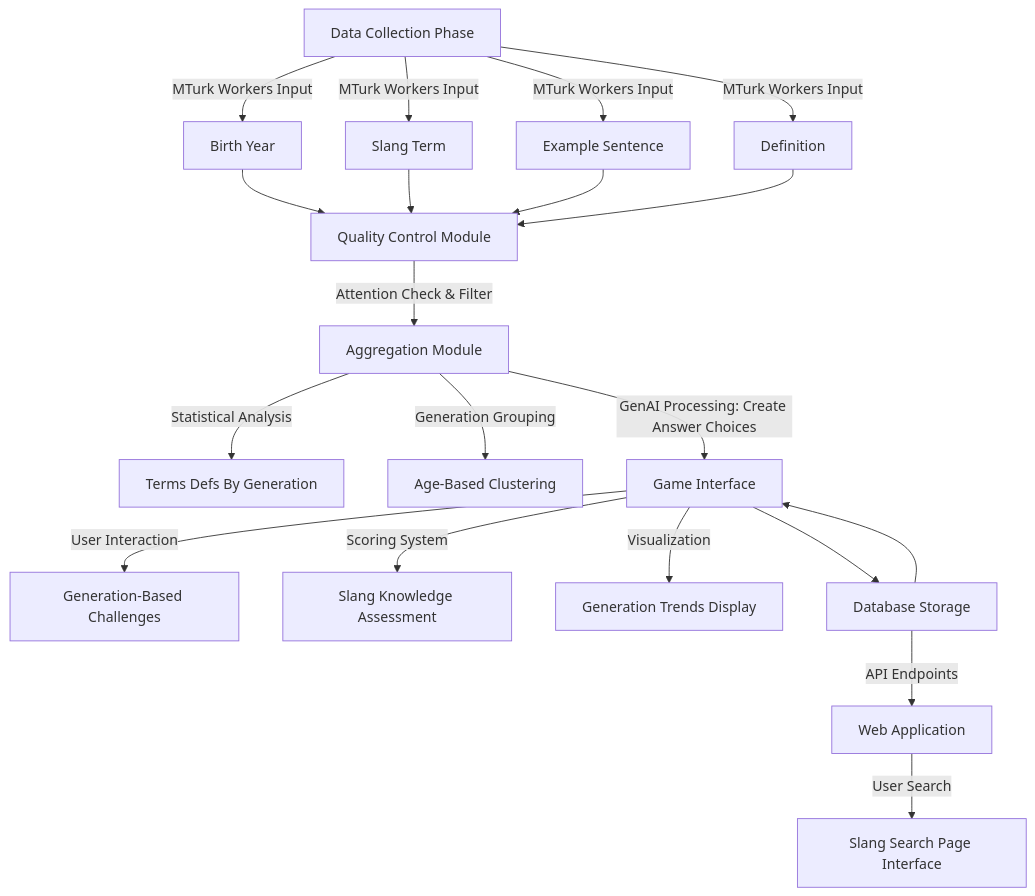
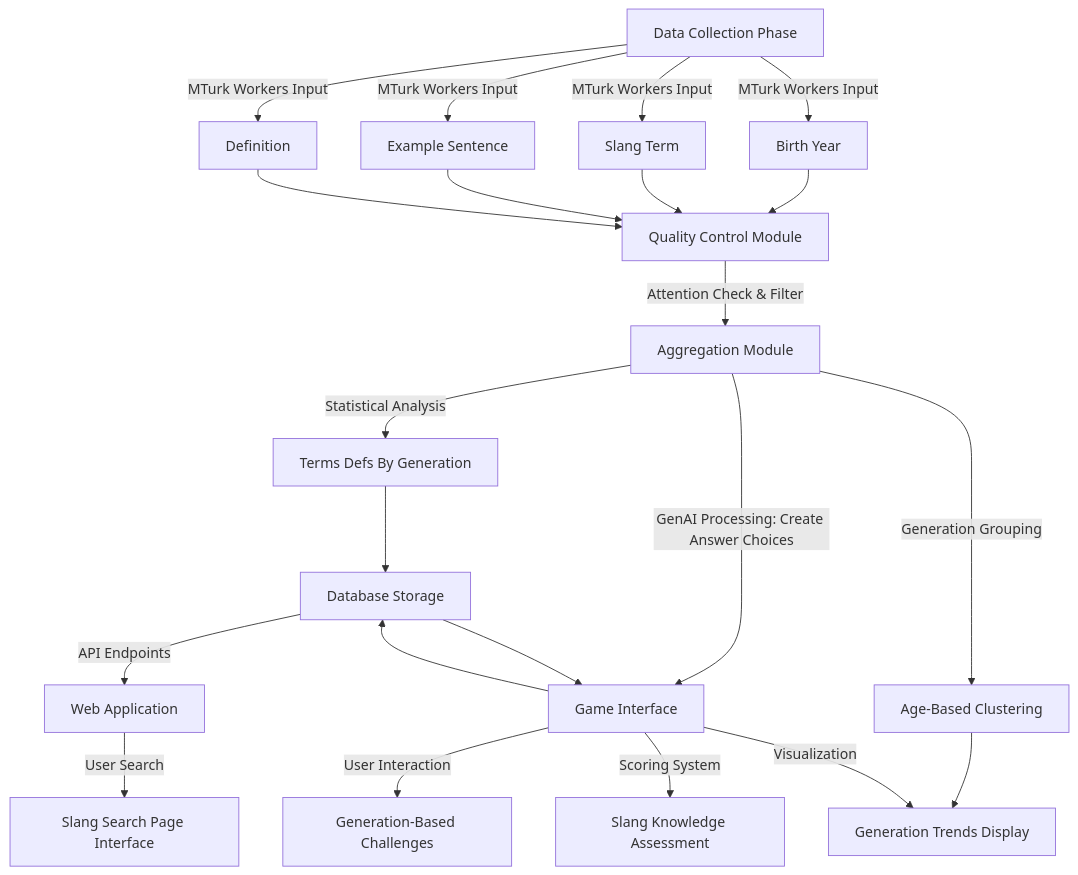
The diagram in flowchat2.md (qareeb19/nets-2130), drawn with Mermaid before and after one commit.

````diff
--- a/flowchat2.md
+++ b/flowchat2.md
@@ -1,29 +1,32 @@
 ```mermaid
 flowchart TD
     A[Data Collection Phase] --> |MTurk Workers Input| A1[Birth Year]
     A --> |MTurk Workers Input| A2[Slang Term]
     A --> |MTurk Workers Input| A3[Example Sentence]
     A --> |MTurk Workers Input| A4[Definition]
 
     A1 --> B[Quality Control Module]
     A2 --> B
     A3 --> B
     A4 --> B
 
     B --> |Attention Check & Filter| C[Aggregation Module]
 
     C --> |Statistical Analysis| C2[Terms Defs By Generation]
     C --> |Generation Grouping| C3[Age-Based Clustering]
 
 
 
+    C2 --> E
+    C3 --> D3
+
     C --> |GenAI Processing: Create Answer Choices| D[Game Interface]
     D --> |User Interaction| D1[Generation-Based Challenges]
     D --> |Scoring System| D2[Slang Knowledge Assessment]
     D --> |Visualization| D3[Generation Trends Display]
 
     D --> E[Database Storage]
     E --> D
     E --> |API Endpoints| F[Web Application]
     F --> |User Search| G[Slang Search Page Interface]
 ```
````
